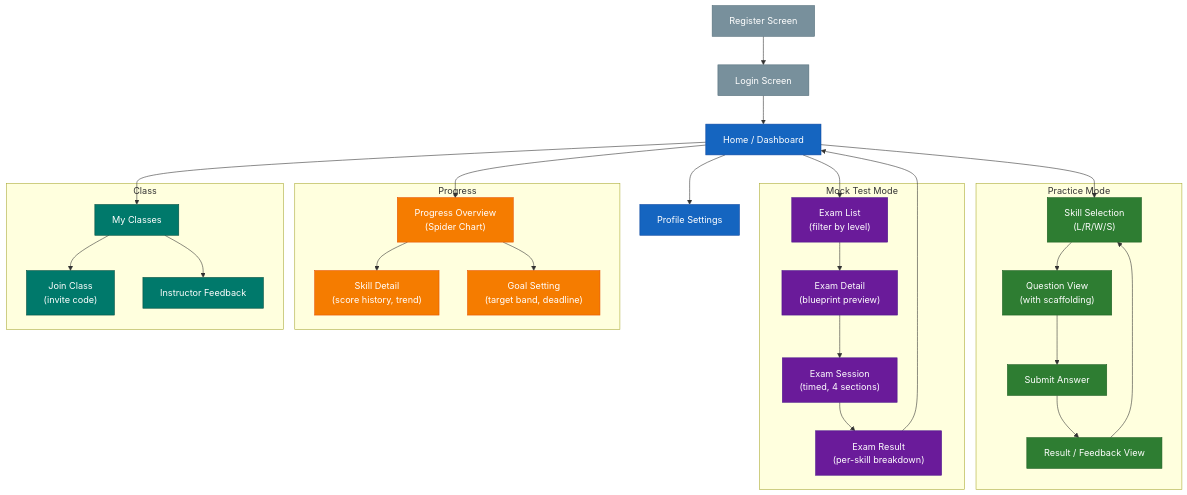
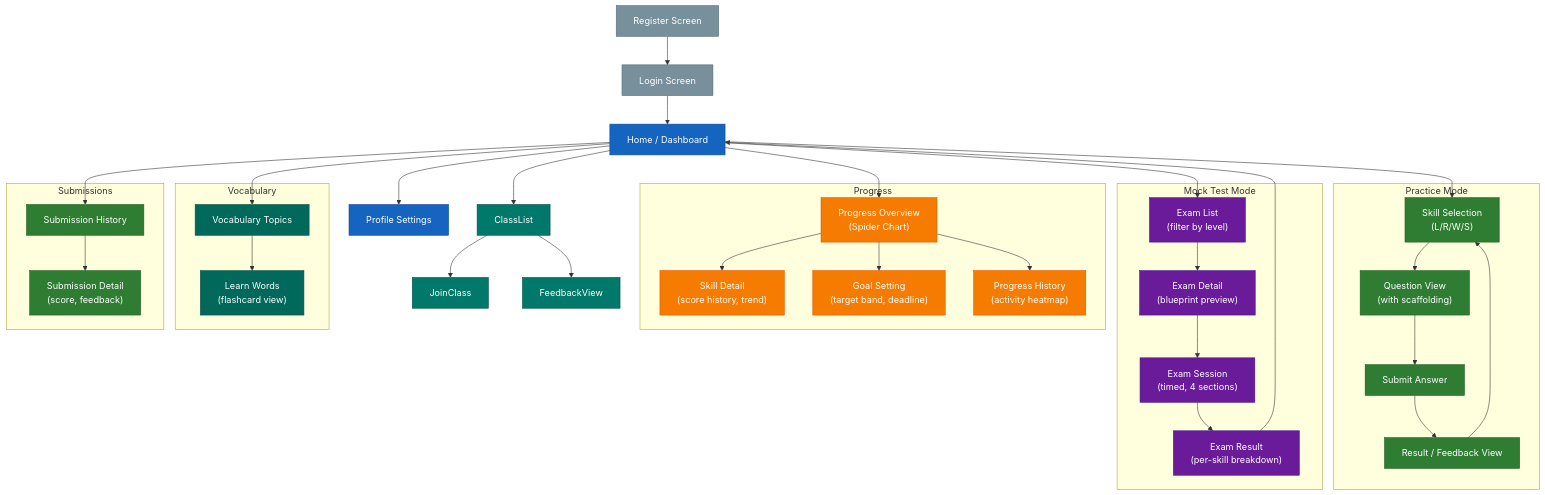
Before and after one commit to nghyane/VSTEP: the fifth of 16 diagrams in docs/capstone/reports/ENG/report3-software-requirement-specification.md, drawn with Mermaid. The commit also changed other lines of this file and 3 other files, not shown here.

````diff
--- a/docs/capstone/reports/ENG/report3-software-requirement-specification.md
+++ b/docs/capstone/reports/ENG/report3-software-requirement-specification.md
@@ -536,12 +537,17 @@
         ProgressOverview["Progress Overview<br/>(Spider Chart)"]
         SkillDetail["Skill Detail<br/>(score history, trend)"]
         GoalSetting["Goal Setting<br/>(target band, deadline)"]
+        ProgressHistory["Progress History<br/>(activity heatmap)"]
     end
 
-    subgraph ClassView ["Class"]
-        ClassList["My Classes"]
-        JoinClass["Join Class<br/>(invite code)"]
-        FeedbackView["Instructor Feedback"]
+    subgraph Vocabulary ["Vocabulary"]
+        VocabTopics["Vocabulary Topics"]
+        VocabLearn["Learn Words<br/>(flashcard view)"]
+    end
+
+    subgraph Submissions ["Submissions"]
+        SubmissionList["Submission History"]
+        SubmissionDetail["Submission Detail<br/>(score, feedback)"]
     end
 
     Profile["Profile Settings"]
@@ -566,17 +572,27 @@
     ClassList --> JoinClass
     ClassList --> FeedbackView
 
+    Home --> VocabTopics
+    VocabTopics --> VocabLearn
+
+    Home --> SubmissionList
+    SubmissionList --> SubmissionDetail
+
+    ProgressOverview --> ProgressHistory
+
     classDef auth fill:#78909c,stroke:#546e7a,color:#fff
     classDef main fill:#1565c0,stroke:#0d47a1,color:#fff
     classDef practice fill:#2e7d32,stroke:#1b5e20,color:#fff
     classDef exam fill:#6a1b9a,stroke:#4a148c,color:#fff
     classDef progress fill:#f57c00,stroke:#e65100,color:#fff
     classDef cls fill:#00796b,stroke:#004d40,color:#fff
+    classDef vocab fill:#00695c,stroke:#004d40,color:#fff
 
     class Login,Register auth
     class Home,Profile main
-    class SkillSelect,QuestionView,SubmitAnswer,ResultView practice
+    class SkillSelect,QuestionView,SubmitAnswer,ResultView,SubmissionList,SubmissionDetail practice
     class ExamList,ExamDetail,ExamSession,ExamResult exam
-    class ProgressOverview,SkillDetail,GoalSetting progress
+    class ProgressOverview,SkillDetail,GoalSetting,ProgressHistory progress
     class ClassList,JoinClass,FeedbackView cls
+    class VocabTopics,VocabLearn vocab
 ```
````
